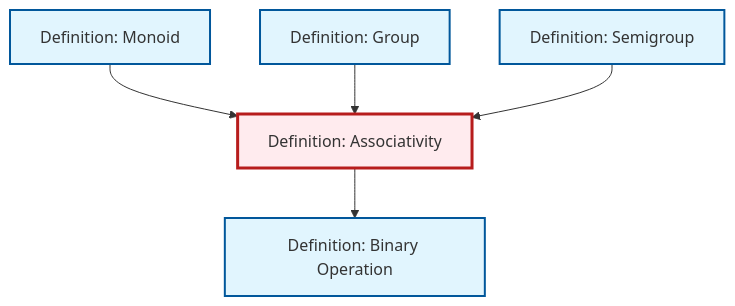
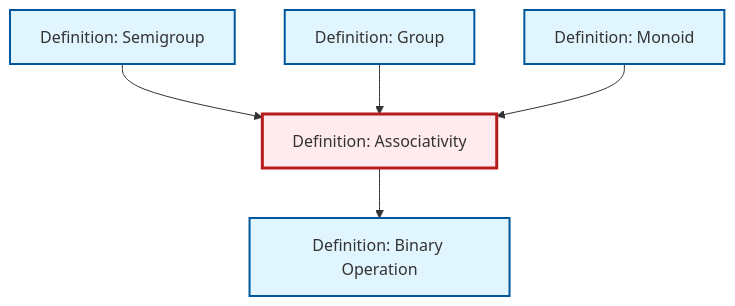
The diagram in content/ja/algebra/def-associativity.qmd (RK0429/ModernMath), drawn with Mermaid before and after one commit. The commit also changed other lines of this file and 634 other files, not shown here.

````diff
--- a/content/ja/algebra/def-associativity.qmd
+++ b/content/ja/algebra/def-associativity.qmd
@@ -101,23 +101,23 @@
 ```{mermaid}
 %%| fig-cap: "Local dependency graph"
 graph TD
     classDef definition fill:#e1f5fe,stroke:#01579b,stroke-width:2px
     classDef theorem fill:#f3e5f5,stroke:#4a148c,stroke-width:2px
     classDef axiom fill:#fff3e0,stroke:#e65100,stroke-width:2px
     classDef example fill:#e8f5e9,stroke:#1b5e20,stroke-width:2px
     classDef current fill:#ffebee,stroke:#b71c1c,stroke-width:3px
+    def-monoid["Definition: Monoid"]:::definition
+    def-group["Definition: Group"]:::definition
     def-binary-operation["Definition: Binary Operation"]:::definition
     def-associativity["Definition: Associativity"]:::definition
     def-semigroup["Definition: Semigroup"]:::definition
-    def-group["Definition: Group"]:::definition
-    def-monoid["Definition: Monoid"]:::definition
+    def-semigroup --> def-associativity
+    def-group --> def-associativity
     def-associativity --> def-binary-operation
     def-monoid --> def-associativity
-    def-group --> def-associativity
-    def-semigroup --> def-associativity
     class def-associativity current
+    click def-monoid "def-monoid.html" "Definition: Monoidへ"
+    click def-group "def-group.html" "Definition: Groupへ"
     click def-binary-operation "def-binary-operation.html" "Definition: Binary Operationへ"
     click def-semigroup "def-semigroup.html" "Definition: Semigroupへ"
-    click def-group "def-group.html" "Definition: Groupへ"
-    click def-monoid "def-monoid.html" "Definition: Monoidへ"
 ```
````
